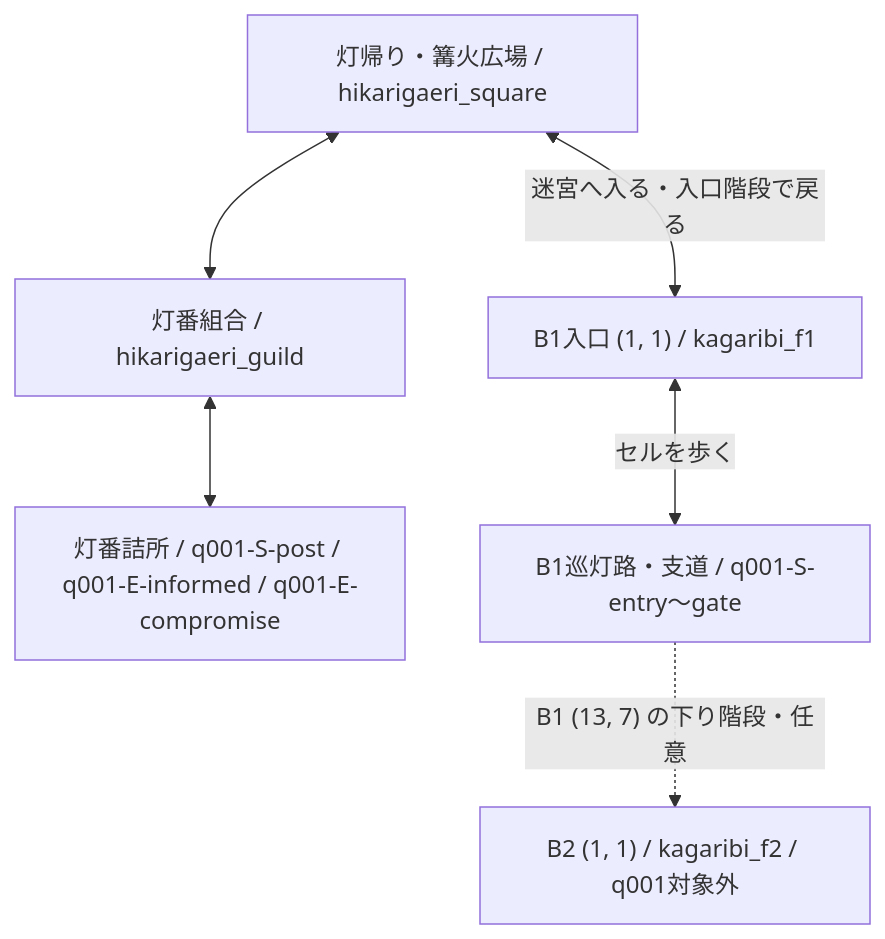
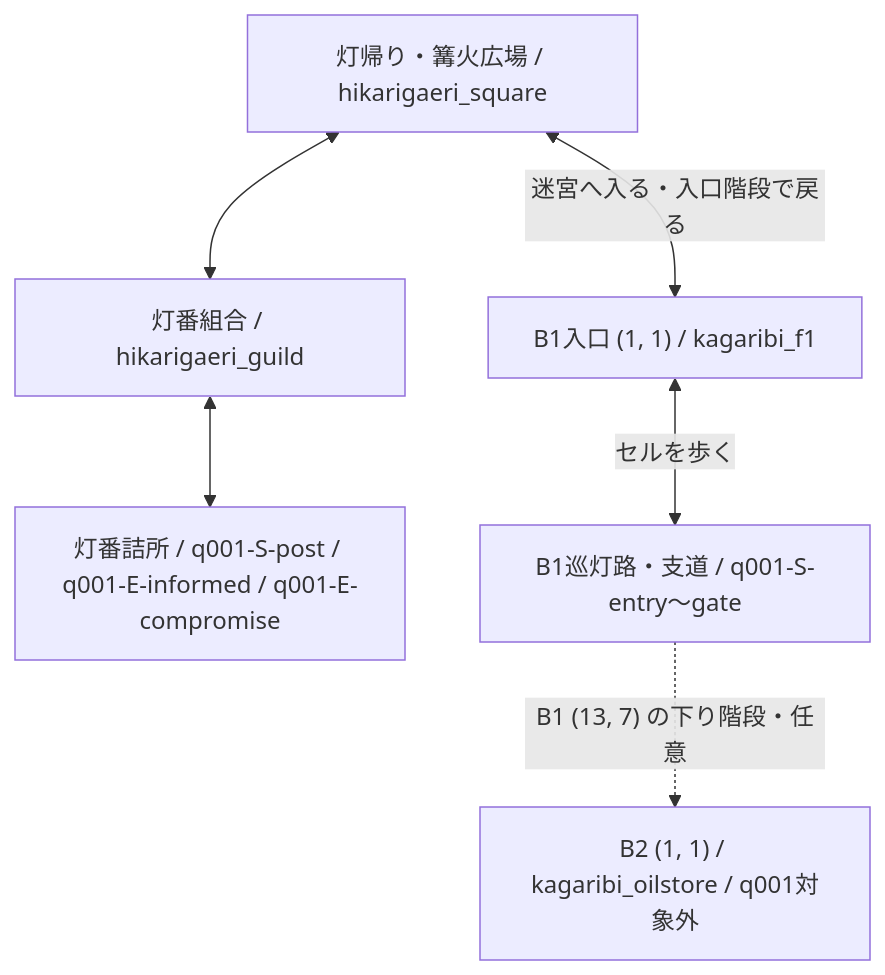
Before and after one commit to TomTomYoung/adv: the diagram in doc/scenarios/quests/QUEST_Q001.md, drawn with Mermaid. The commit also changed other lines of this file and 77 other files, not shown here.

````diff
--- a/doc/scenarios/quests/QUEST_Q001.md
+++ b/doc/scenarios/quests/QUEST_Q001.md
@@ -37,14 +37,14 @@
 ```mermaid
 flowchart TD
   square["灯帰り・篝火広場 / hikarigaeri_square"]
   guild["灯番組合 / hikarigaeri_guild"]
   post["灯番詰所 / q001-S-post / q001-E-informed / q001-E-compromise"]
   entrance["B1入口 (1, 1) / kagaribi_f1"]
   route["B1巡灯路・支道 / q001-S-entry〜gate"]
-  deeper["B2 (1, 1) / kagaribi_f2 / q001対象外"]
+  deeper["B2 (1, 1) / kagaribi_oilstore / q001対象外"]
   square <--> guild
   guild <--> post
   square <-->|迷宮へ入る・入口階段で戻る| entrance
   entrance <-->|セルを歩く| route
   route -.->|"B1 (13, 7) の下り階段・任意"| deeper
 ```
````
